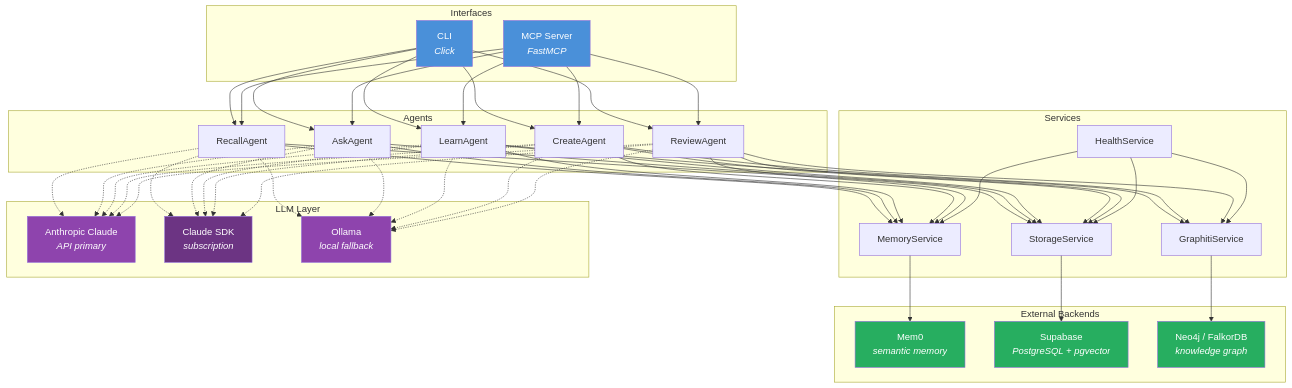
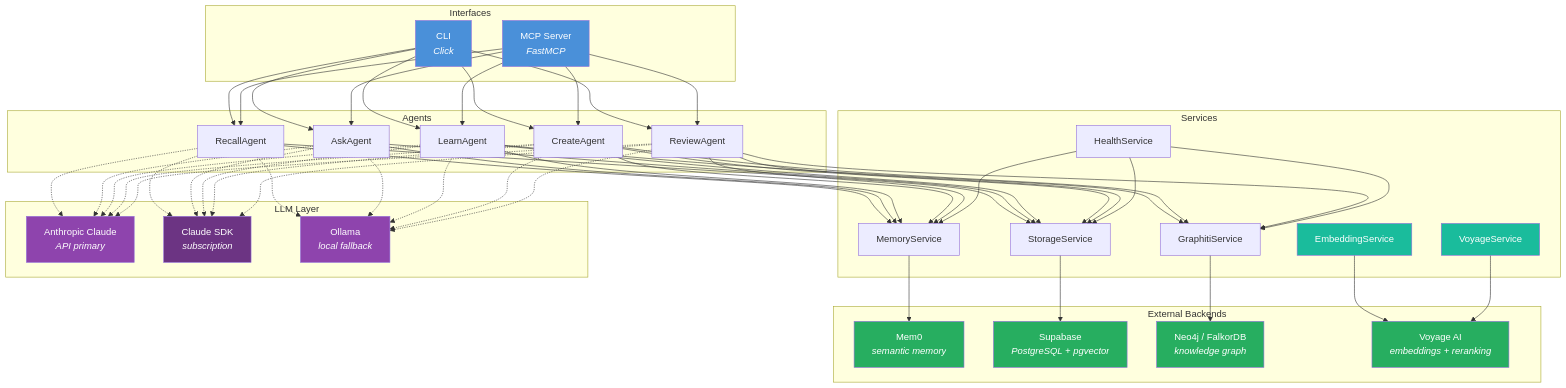
Before and after one commit to ryanjosebrosas/second-brain-ultimatum: the fourth of 8 diagrams in README.md, drawn with Mermaid. The commit also changed other lines of this file, not shown here.

First line of the commit message:
docs: update README with Voyage AI embeddings and reranking

````diff
--- a/README.md
+++ b/README.md
@@ -262,58 +262,66 @@
 ```mermaid
 graph TD
     subgraph "Interfaces"
         CLI["CLI<br/><i>Click</i>"]
         MCP["MCP Server<br/><i>FastMCP</i>"]
     end
 
     subgraph "Agents"
         RA["RecallAgent"]
         AA["AskAgent"]
         LA["LearnAgent"]
         CA["CreateAgent"]
         RV["ReviewAgent"]
     end
 
     subgraph "Services"
         MS["MemoryService"]
         SS["StorageService"]
         HS["HealthService"]
         GS["GraphitiService"]
+        ES["EmbeddingService"]
+        VS["VoyageService"]
     end
 
     subgraph "External Backends"
         M0["Mem0<br/><i>semantic memory</i>"]
         SB["Supabase<br/><i>PostgreSQL + pgvector</i>"]
         N4["Neo4j / FalkorDB<br/><i>knowledge graph</i>"]
+        VA["Voyage AI<br/><i>embeddings + reranking</i>"]
     end
 
     subgraph "LLM Layer"
         CLAUDE["Anthropic Claude<br/><i>API primary</i>"]
         SDK["Claude SDK<br/><i>subscription</i>"]
         OLLAMA["Ollama<br/><i>local fallback</i>"]
     end
 
     CLI --> RA & AA & LA & CA & RV
     MCP --> RA & AA & LA & CA & RV
 
     RA & AA & LA & CA & RV --> MS & SS
     LA & CA & RV --> GS
 
     MS --> M0
     SS --> SB
     GS --> N4
+    ES --> VA
+    VS --> VA
     HS --> SS & MS & GS
 
     RA & AA & LA & CA & RV -.-> CLAUDE
     RA & AA & LA & CA & RV -.-> SDK
     RA & AA & LA & CA & RV -.-> OLLAMA
 
     style CLI fill:#4a90d9,color:#fff
     style MCP fill:#4a90d9,color:#fff
     style CLAUDE fill:#8e44ad,color:#fff
     style SDK fill:#6c3483,color:#fff
     style OLLAMA fill:#8e44ad,color:#fff
     style M0 fill:#27ae60,color:#fff
     style SB fill:#27ae60,color:#fff
     style N4 fill:#27ae60,color:#fff
+    style VA fill:#27ae60,color:#fff
+    style ES fill:#1abc9c,color:#fff
+    style VS fill:#1abc9c,color:#fff
 ```
````
